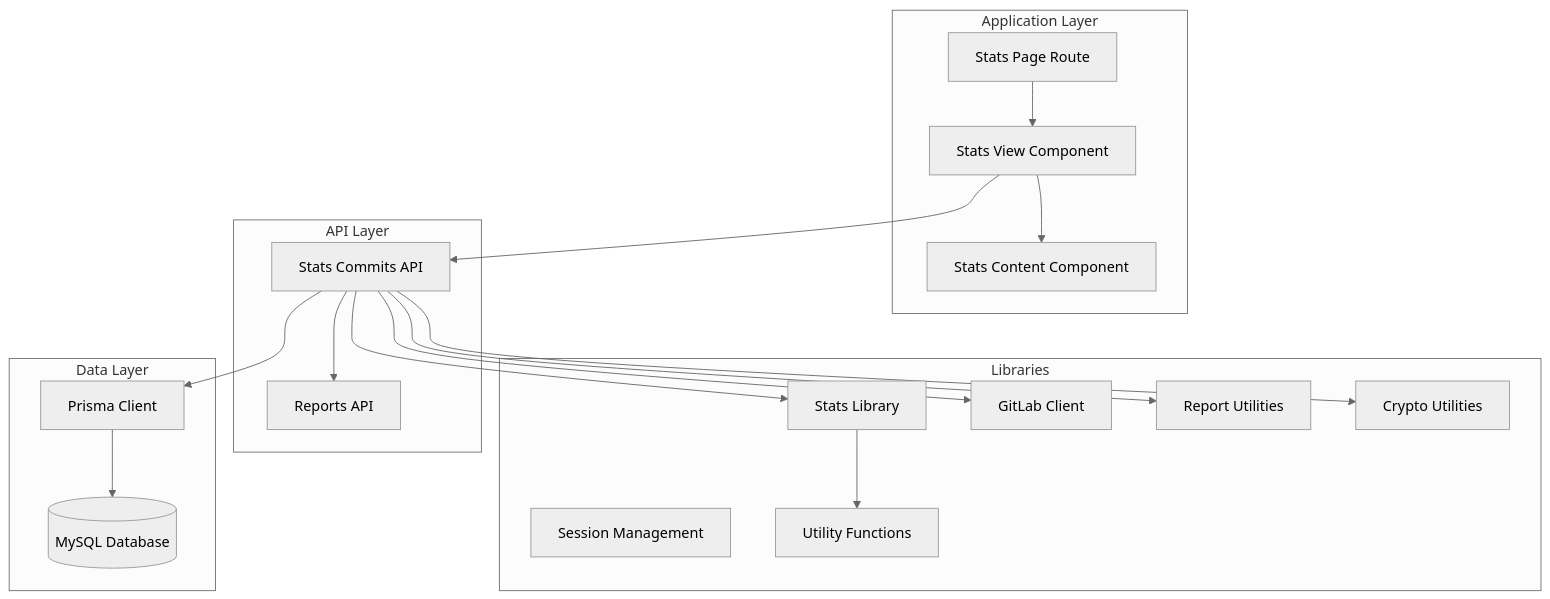
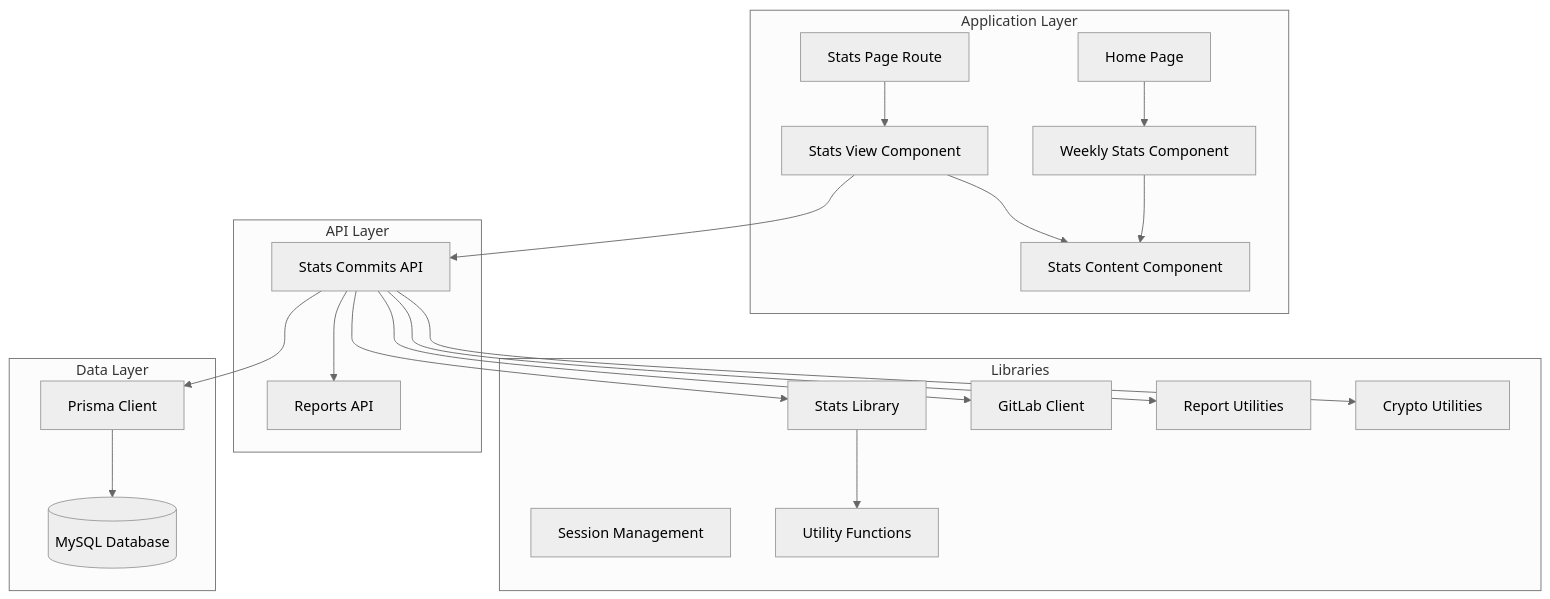
Before and after one commit to jrj444/git-daily: the first of 8 diagrams in .qoder/repowiki/en/content/Frontend Components/Commit Statistics Dashboard.md, drawn with Mermaid (neutral theme). The commit also changed other lines of this file and 3 other files, not shown here.

````diff
--- a/.qoder/repowiki/en/content/Frontend Components/Commit Statistics Dashboard.md
+++ b/.qoder/repowiki/en/content/Frontend Components/Commit Statistics Dashboard.md
@@ -52,35 +55,39 @@
 ```mermaid
 graph TB
 subgraph "Application Layer"
+HomePage[Home Page]
 StatsPage[Stats Page Route]
 StatsView[Stats View Component]
 StatsContent[Stats Content Component]
+WeeklyStats[Weekly Stats Component]
 end
 subgraph "API Layer"
 StatsAPI[Stats Commits API]
 ReportsAPI[Reports API]
 end
 subgraph "Libraries"
 StatsLib[Stats Library]
 GitLabClient[GitLab Client]
 ReportLib[Report Utilities]
 CryptoLib[Crypto Utilities]
 SessionLib[Session Management]
 UtilsLib[Utility Functions]
 end
 subgraph "Data Layer"
 PrismaClient[Prisma Client]
 Database[(MySQL Database)]
 end
+HomePage --> WeeklyStats
+WeeklyStats --> StatsContent
 StatsPage --> StatsView
 StatsView --> StatsContent
 StatsView --> StatsAPI
 StatsAPI --> StatsLib
 StatsAPI --> GitLabClient
 StatsAPI --> ReportLib
 StatsAPI --> CryptoLib
 StatsAPI --> PrismaClient
 StatsLib --> UtilsLib
 PrismaClient --> Database
 StatsAPI --> ReportsAPI
 ```
````
